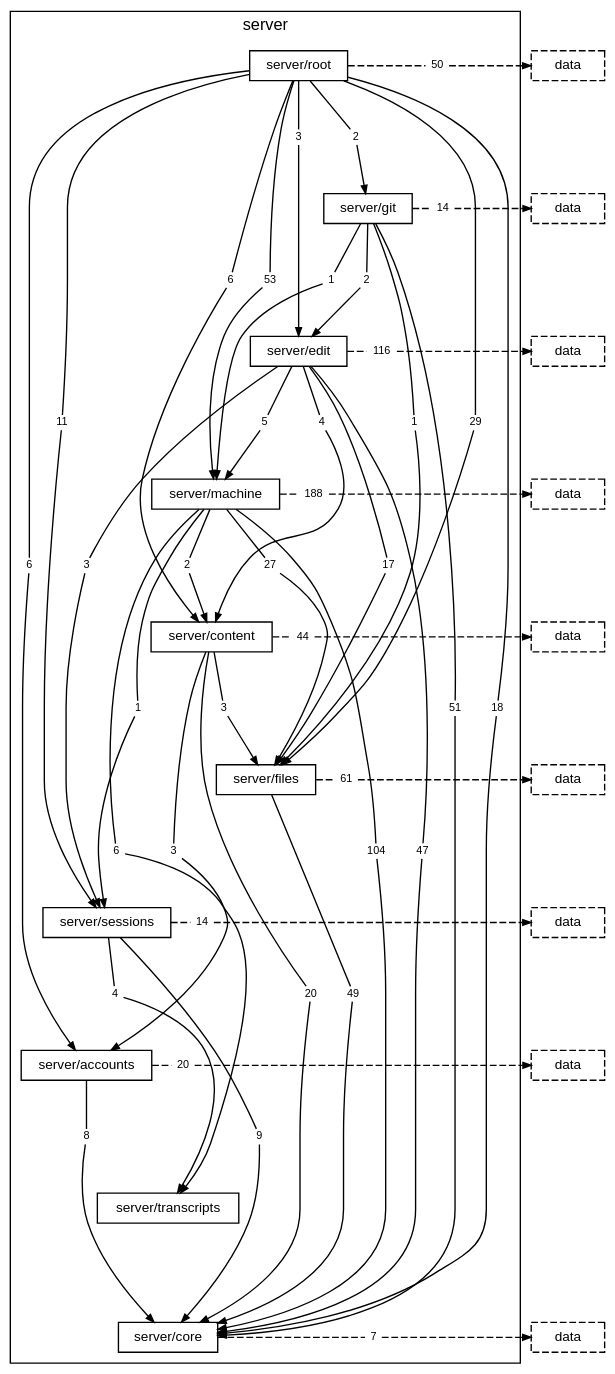
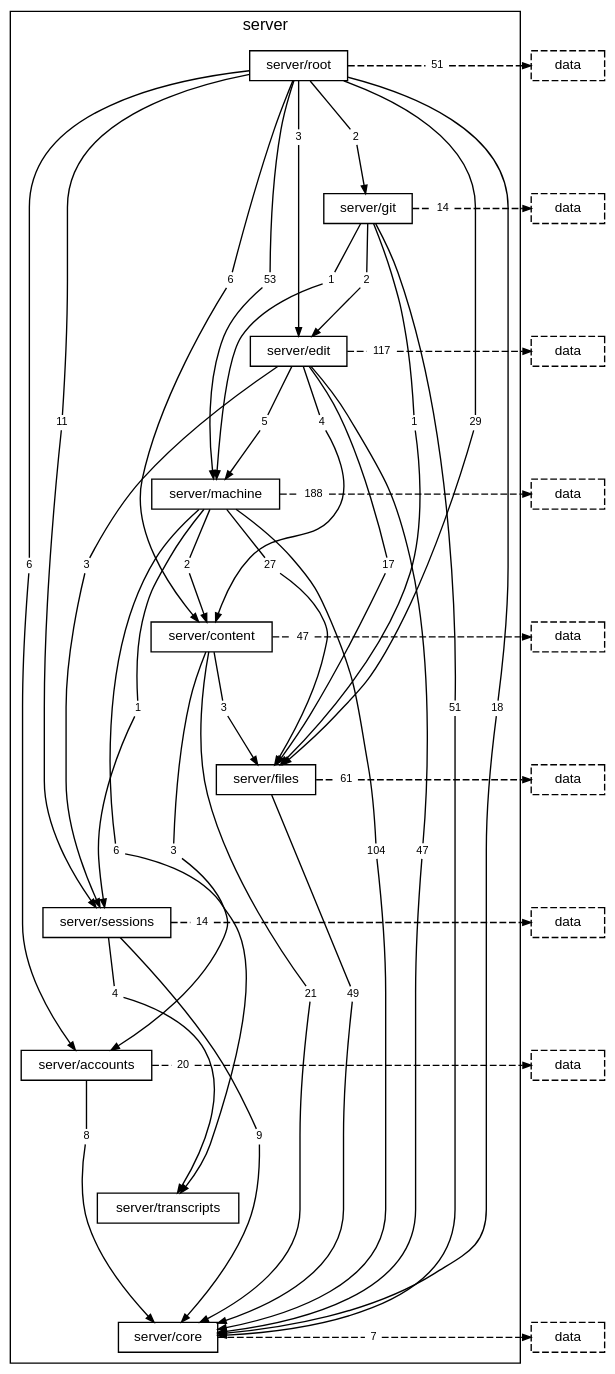
One commit to TheAxeC/oculus changed the diagram in docs/diagrams/layer-server.dot. Above: the diagram before and after it, drawn with Graphviz. The commit also changed 165 other files, not shown here.

```diff
--- a/docs/diagrams/layer-server.dot
+++ b/docs/diagrams/layer-server.dot
@@ -22,7 +22,7 @@
         "folder server/root to folder server/git" [label="2", shape=box, color="transparent", fontsize=8, width=0, height=0, margin="0.04,0.02"];
         "folder server/root to folder server/machine" [label="53", shape=box, color="transparent", fontsize=8, width=0, height=0, margin="0.04,0.02"];
         "folder server/root to folder server/sessions" [label="11", shape=box, color="transparent", fontsize=8, width=0, height=0, margin="0.04,0.02"];
-        "folder server/root to layer data" [label="50", shape=box, color="transparent", fontsize=8, width=0, height=0, margin="0.04,0.02"];
+        "folder server/root to layer data" [label="51", shape=box, color="transparent", fontsize=8, width=0, height=0, margin="0.04,0.02"];
         "folder server/git to folder server/core" [label="51", shape=box, color="transparent", fontsize=8, width=0, height=0, margin="0.04,0.02"];
         "folder server/git to folder server/edit" [label="2", shape=box, color="transparent", fontsize=8, width=0, height=0, margin="0.04,0.02"];
         "folder server/git to folder server/files" [label="1", shape=box, color="transparent", fontsize=8, width=0, height=0, margin="0.04,0.02"];
@@ -33,7 +33,7 @@
         "folder server/edit to folder server/files" [label="17", shape=box, color="transparent", fontsize=8, width=0, height=0, margin="0.04,0.02"];
         "folder server/edit to folder server/machine" [label="5", shape=box, color="transparent", fontsize=8, width=0, height=0, margin="0.04,0.02"];
         "folder server/edit to folder server/sessions" [label="3", shape=box, color="transparent", fontsize=8, width=0, height=0, margin="0.04,0.02"];
-        "folder server/edit to layer data" [label="116", shape=box, color="transparent", fontsize=8, width=0, height=0, margin="0.04,0.02"];
+        "folder server/edit to layer data" [label="117", shape=box, color="transparent", fontsize=8, width=0, height=0, margin="0.04,0.02"];
         "folder server/machine to folder server/content" [label="2", shape=box, color="transparent", fontsize=8, width=0, height=0, margin="0.04,0.02"];
         "folder server/machine to folder server/core" [label="104", shape=box, color="transparent", fontsize=8, width=0, height=0, margin="0.04,0.02"];
         "folder server/machine to folder server/files" [label="27", shape=box, color="transparent", fontsize=8, width=0, height=0, margin="0.04,0.02"];
@@ -41,9 +41,9 @@
         "folder server/machine to folder server/transcripts" [label="6", shape=box, color="transparent", fontsize=8, width=0, height=0, margin="0.04,0.02"];
         "folder server/machine to layer data" [label="188", shape=box, color="transparent", fontsize=8, width=0, height=0, margin="0.04,0.02"];
         "folder server/content to folder server/accounts" [label="3", shape=box, color="transparent", fontsize=8, width=0, height=0, margin="0.04,0.02"];
-        "folder server/content to folder server/core" [label="20", shape=box, color="transparent", fontsize=8, width=0, height=0, margin="0.04,0.02"];
+        "folder server/content to folder server/core" [label="21", shape=box, color="transparent", fontsize=8, width=0, height=0, margin="0.04,0.02"];
         "folder server/content to folder server/files" [label="3", shape=box, color="transparent", fontsize=8, width=0, height=0, margin="0.04,0.02"];
-        "folder server/content to layer data" [label="44", shape=box, color="transparent", fontsize=8, width=0, height=0, margin="0.04,0.02"];
+        "folder server/content to layer data" [label="47", shape=box, color="transparent", fontsize=8, width=0, height=0, margin="0.04,0.02"];
         "folder server/files to folder server/core" [label="49", shape=box, color="transparent", fontsize=8, width=0, height=0, margin="0.04,0.02"];
         "folder server/files to layer data" [label="61", shape=box, color="transparent", fontsize=8, width=0, height=0, margin="0.04,0.02"];
         "folder server/sessions to folder server/core" [label="9", shape=box, color="transparent", fontsize=8, width=0, height=0, margin="0.04,0.02"];
```
